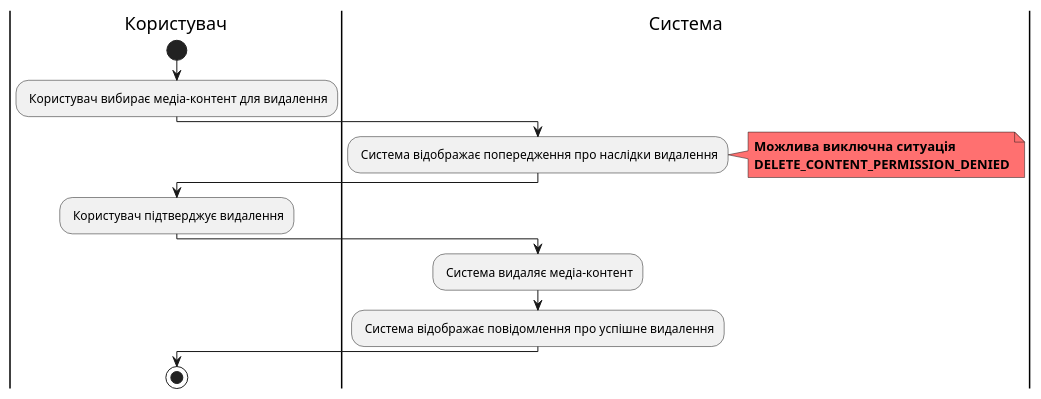
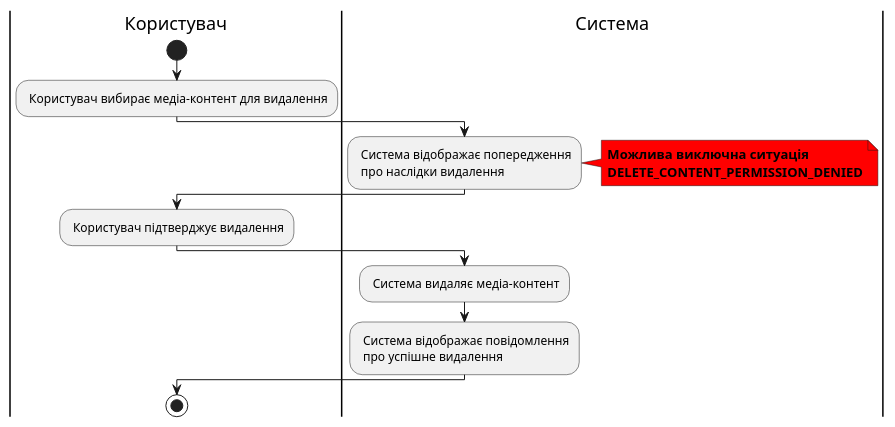
Diagram 11 of 14 in docs/use_cases.md (zhkcll/lab6), drawn with PlantUML before and after one commit. The commit also changed other lines of this file, not shown here.

````diff
--- a/docs/use_cases.md
+++ b/docs/use_cases.md
@@ -379,22 +394,22 @@
 ```plantuml
 @startuml
 
 |Користувач|
 start
 : Користувач вибирає медіа-контент для видалення;
 |Система|
-: Система відображає попередження про наслідки видалення;
-note right #ff7070
+: Система відображає попередження\n про наслідки видалення;
+note right #ff0000
 <b>Можлива виключна ситуація</b>
 <b>DELETE_CONTENT_PERMISSION_DENIED</b>
 end note
 |Користувач|
 : Користувач підтверджує видалення;
 |Система|
 : Система видаляє медіа-контент;
-: Система відображає повідомлення про успішне видалення;
+: Система відображає повідомлення\n про успішне видалення;
 |Користувач|
 stop
 
 @enduml
 ```
````
